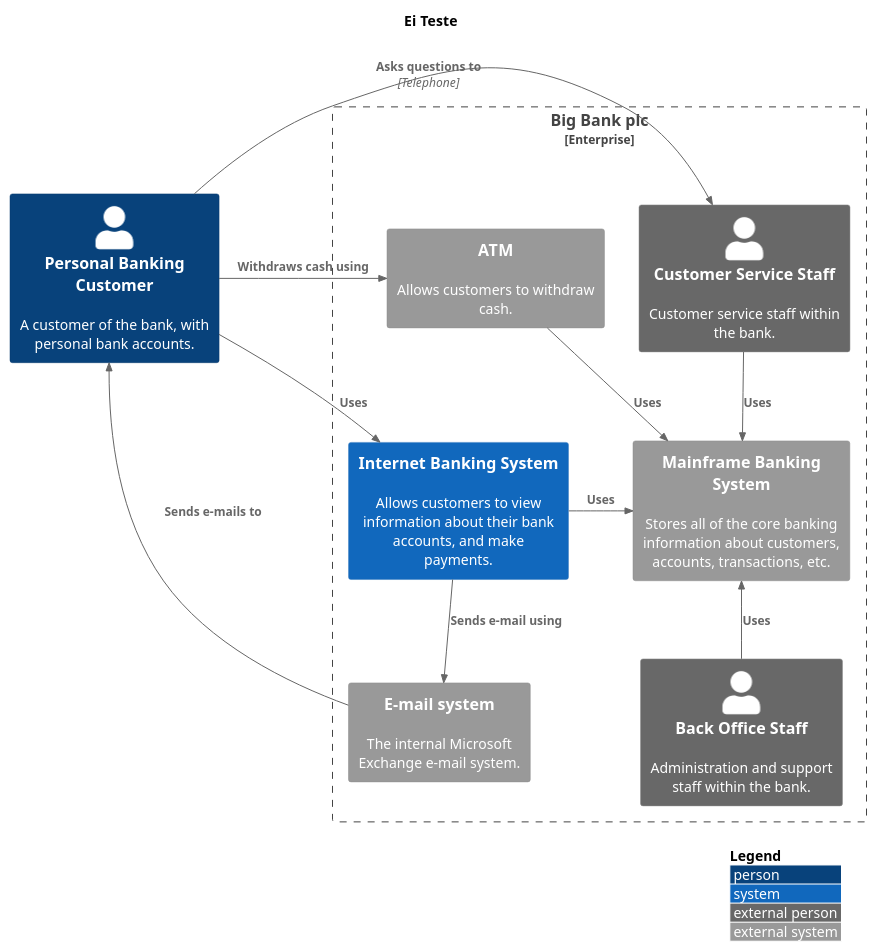
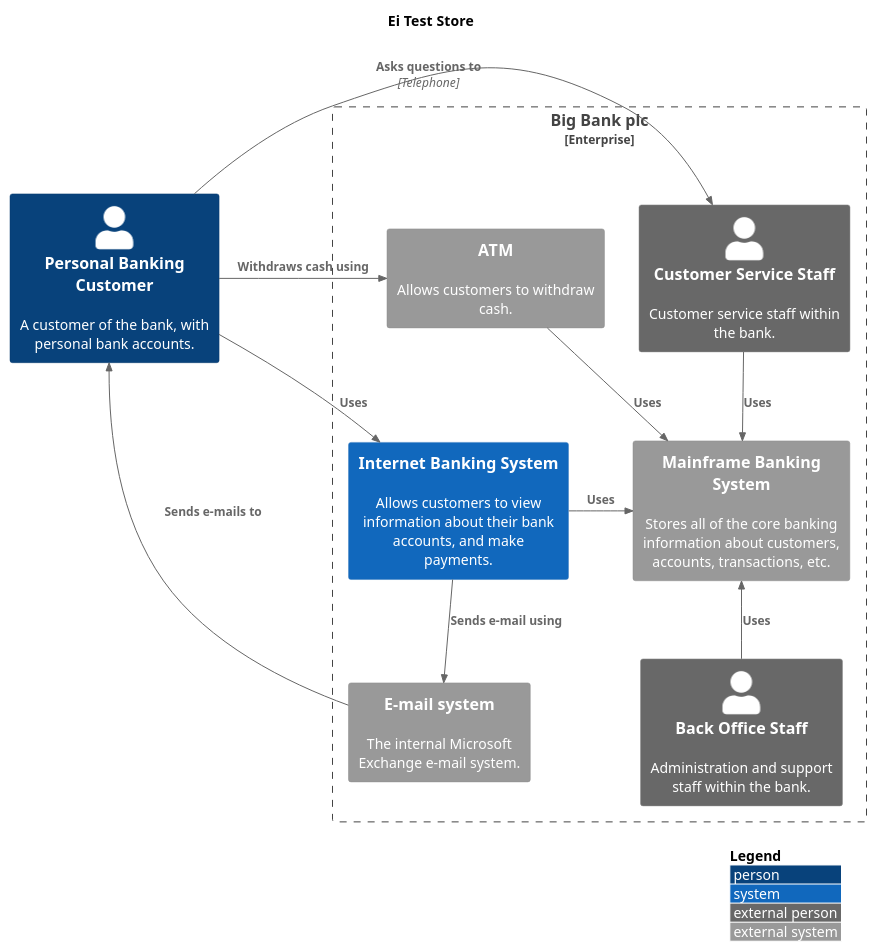
The diagram in sophya-docs/context/diagram1.puml (pablicio/store-service), drawn with PlantUML before and after one commit. The commit also changed 7 other files, not shown here.

Commit message:
Fix diagram links

```diff
--- a/sophya-docs/context/diagram1.puml
+++ b/sophya-docs/context/diagram1.puml
@@ -1,43 +1,42 @@
 @startuml
 !include https://raw.githubusercontent.com/plantuml-stdlib/C4-PlantUML/master/C4_Context.puml
 ' uncomment the following line and comment the first to use locally
 ' !include C4_Context.puml
 
 'LAYOUT_TOP_DOWN()
 'LAYOUT_AS_SKETCH()
 LAYOUT_WITH_LEGEND()
 
-title Ei Teste
-
+title Ei Test Store
 
 Person(customer, "Personal Banking Customer", "A customer of the bank, with personal bank accounts.")
 
 Enterprise_Boundary(c0, "Big Bank plc") {
     System(banking_system, "Internet Banking System", "Allows customers to view information about their bank accounts, and make payments.")
 
     System_Ext(atm, "ATM", "Allows customers to withdraw cash.")
     System_Ext(mail_system, "E-mail system", "The internal Microsoft Exchange e-mail system.")
 
     System_Ext(mainframe, "Mainframe Banking System", "Stores all of the core banking information about customers, accounts, transactions, etc.")
 
     Person_Ext(customer_service, "Customer Service Staff", "Customer service staff within the bank.")
     Person_Ext(back_office, "Back Office Staff", "Administration and support staff within the bank.")
 }
 
 Rel_Neighbor(customer, banking_system, "Uses")
 Rel_R(customer, atm, "Withdraws cash using")
 Rel_Back(customer, mail_system, "Sends e-mails to")
 
 Rel_R(customer, customer_service, "Asks questions to", "Telephone")
 
 Rel_D(banking_system, mail_system, "Sends e-mail using")
 Rel_R(atm, mainframe, "Uses")
 Rel_R(banking_system, mainframe, "Uses")
 Rel_D(customer_service, mainframe, "Uses")
 Rel_U(back_office, mainframe, "Uses")
 
 Lay_D(atm, banking_system)
 
 Lay_D(atm, customer)
 Lay_U(mail_system, customer)
 @enduml
```
